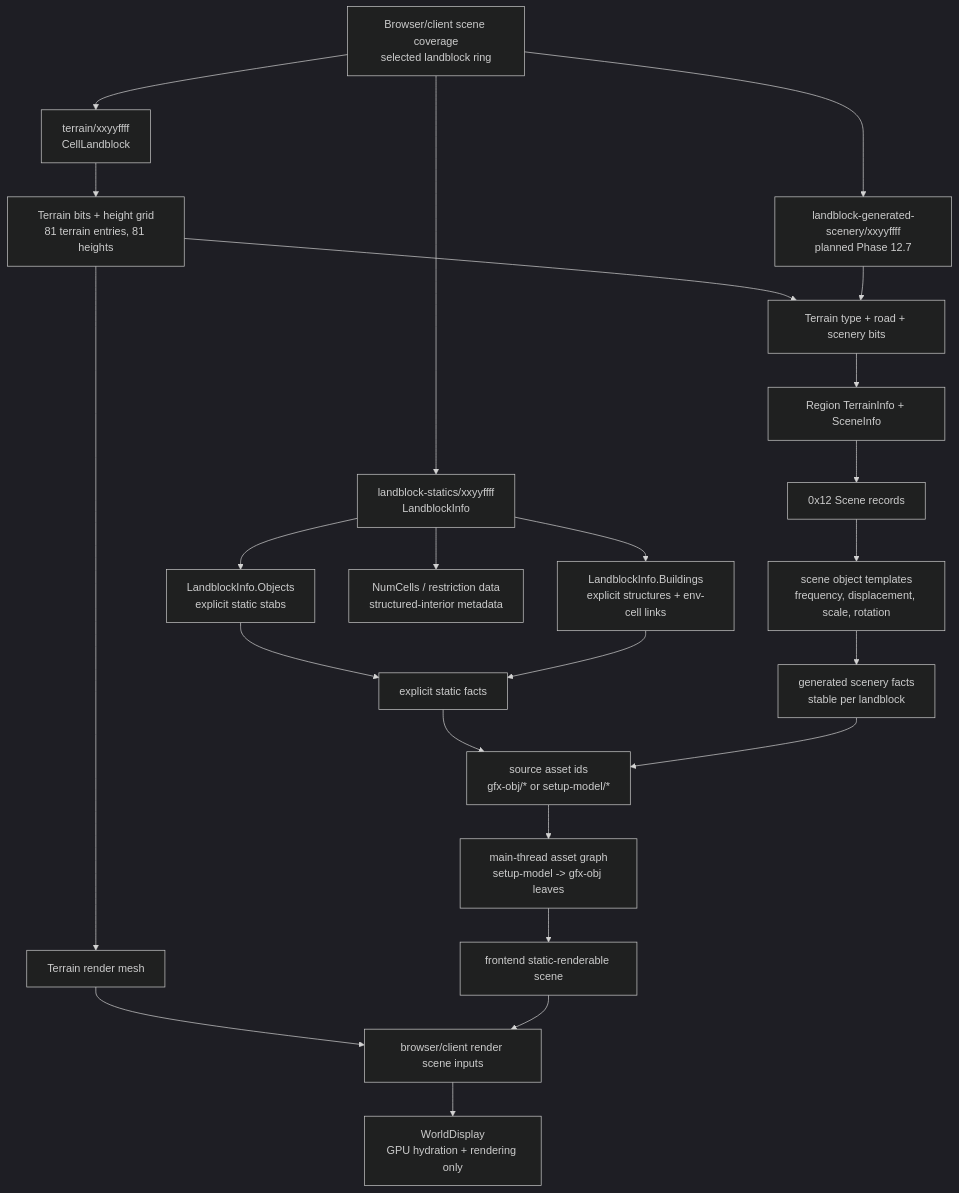
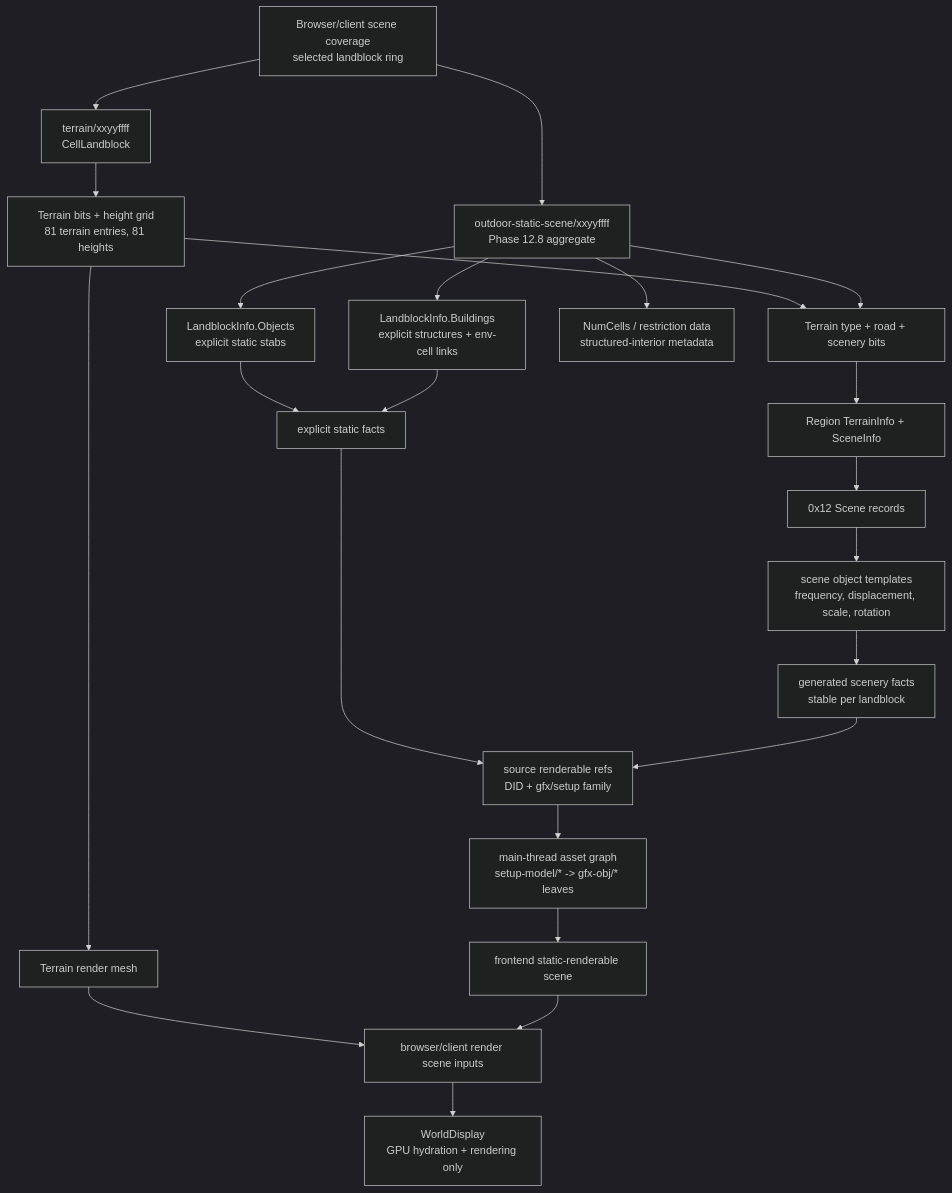
The first of 9 diagrams in docs/plans/holtburger-3d-scoping-plan.md (merklejerk/holtburger), drawn with Mermaid (dark theme) before and after one commit. The commit also changed other lines of this file and 13 other files, not shown here.

````diff
--- a/docs/plans/holtburger-3d-scoping-plan.md
+++ b/docs/plans/holtburger-3d-scoping-plan.md
@@ -81,36 +82,34 @@
 ```mermaid
 flowchart TD
     Coverage["Browser/client scene coverage<br/>selected landblock ring"]
     TerrainAsset["terrain/xxyyffff<br/>CellLandblock"]
-    StaticAsset["landblock-statics/xxyyffff<br/>LandblockInfo"]
-    GeneratedAsset["landblock-generated-scenery/xxyyffff<br/>planned Phase 12.7"]
+    StaticSceneAsset["outdoor-static-scene/xxyyffff<br/>Phase 12.8 aggregate"]
 
     Coverage --> TerrainAsset
-    Coverage --> StaticAsset
-    Coverage --> GeneratedAsset
+    Coverage --> StaticSceneAsset
 
     TerrainAsset --> TerrainGrid["Terrain bits + height grid<br/>81 terrain entries, 81 heights"]
     TerrainGrid --> TerrainMesh["Terrain render mesh"]
     TerrainGrid --> TerrainSceneBits["Terrain type + road + scenery bits"]
 
-    StaticAsset --> Objects["LandblockInfo.Objects<br/>explicit static stabs"]
-    StaticAsset --> Buildings["LandblockInfo.Buildings<br/>explicit structures + env-cell links"]
-    StaticAsset --> EnvCellCount["NumCells / restriction data<br/>structured-interior metadata"]
+    StaticSceneAsset --> Objects["LandblockInfo.Objects<br/>explicit static stabs"]
+    StaticSceneAsset --> Buildings["LandblockInfo.Buildings<br/>explicit structures + env-cell links"]
+    StaticSceneAsset --> EnvCellCount["NumCells / restriction data<br/>structured-interior metadata"]
 
-    GeneratedAsset --> TerrainSceneBits
+    StaticSceneAsset --> TerrainSceneBits
     TerrainSceneBits --> RegionTables["Region TerrainInfo + SceneInfo"]
     RegionTables --> SceneRecords["0x12 Scene records"]
     SceneRecords --> SceneObjectTemplates["scene object templates<br/>frequency, displacement, scale, rotation"]
     SceneObjectTemplates --> GeneratedFacts["generated scenery facts<br/>stable per landblock"]
 
     Objects --> StaticFacts["explicit static facts"]
     Buildings --> StaticFacts
 
-    StaticFacts --> SourceAssets["source asset ids<br/>gfx-obj/* or setup-model/*"]
+    StaticFacts --> SourceAssets["source renderable refs<br/>DID + gfx/setup family"]
     GeneratedFacts --> SourceAssets
-    SourceAssets --> AssetGraph["main-thread asset graph<br/>setup-model -> gfx-obj leaves"]
+    SourceAssets --> AssetGraph["main-thread asset graph<br/>setup-model/* -> gfx-obj/* leaves"]
     AssetGraph --> StaticRenderables["frontend static-renderable scene"]
     TerrainMesh --> RenderScene["browser/client render scene inputs"]
     StaticRenderables --> RenderScene
     RenderScene --> WorldDisplay["WorldDisplay<br/>GPU hydration + rendering only"]
 ```
````
